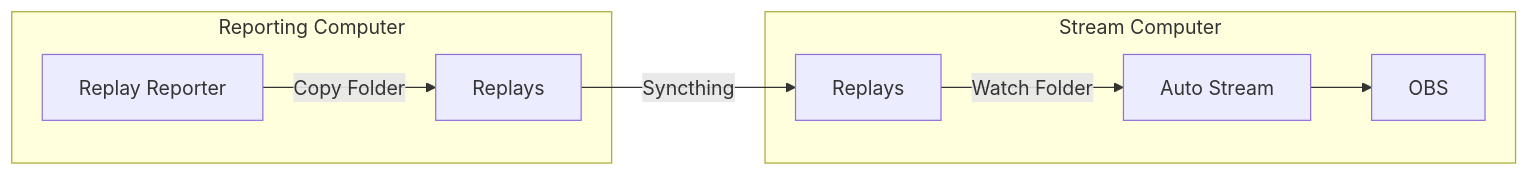
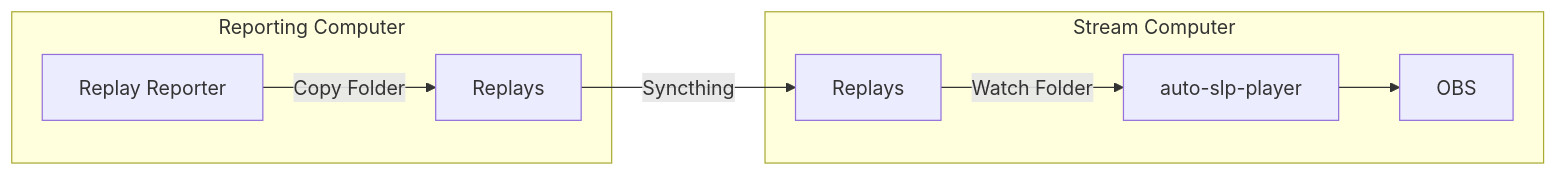
Before and after one commit to davisdude/davisdude.github.io: the diagram in blog/posts/remote-slippi-auto-stream/index.qmd, drawn with Mermaid. The commit also changed other lines of this file, not shown here.

````diff
--- a/blog/posts/remote-slippi-auto-stream/index.qmd
+++ b/blog/posts/remote-slippi-auto-stream/index.qmd
@@ -114,18 +116,18 @@
 ```{mermaid}
 flowchart LR
   subgraph Report["Reporting Computer"]
     rr[Replay Reporter]
     dir1[Replays]
     rr -->|Copy Folder| dir1
   end
 
   subgraph Stream["Stream Computer"]
     dir2[Replays]
-    as[Auto Stream]
+    as[auto-slp-player]
     obs[OBS]
     dir2 -->|Watch Folder| as
     as --> obs
   end
 
   dir1 -->|Syncthing| dir2
 ```
````
